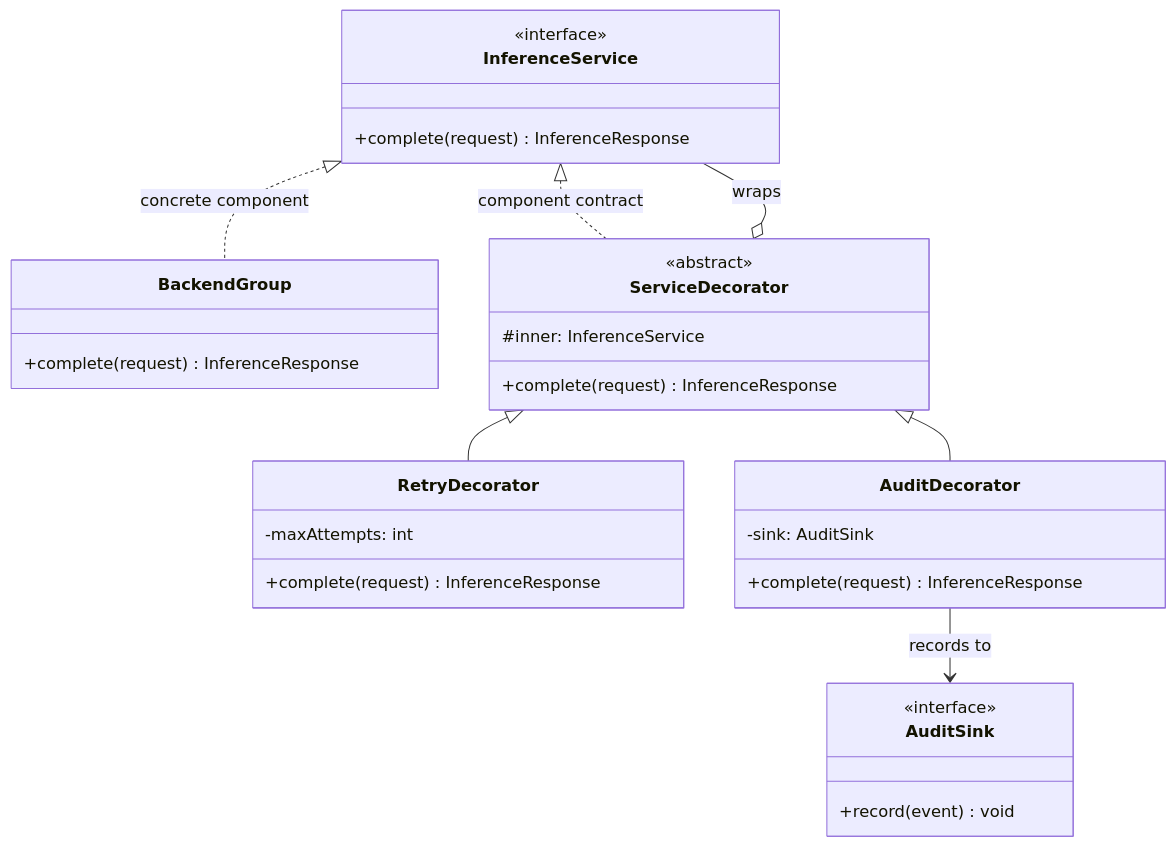
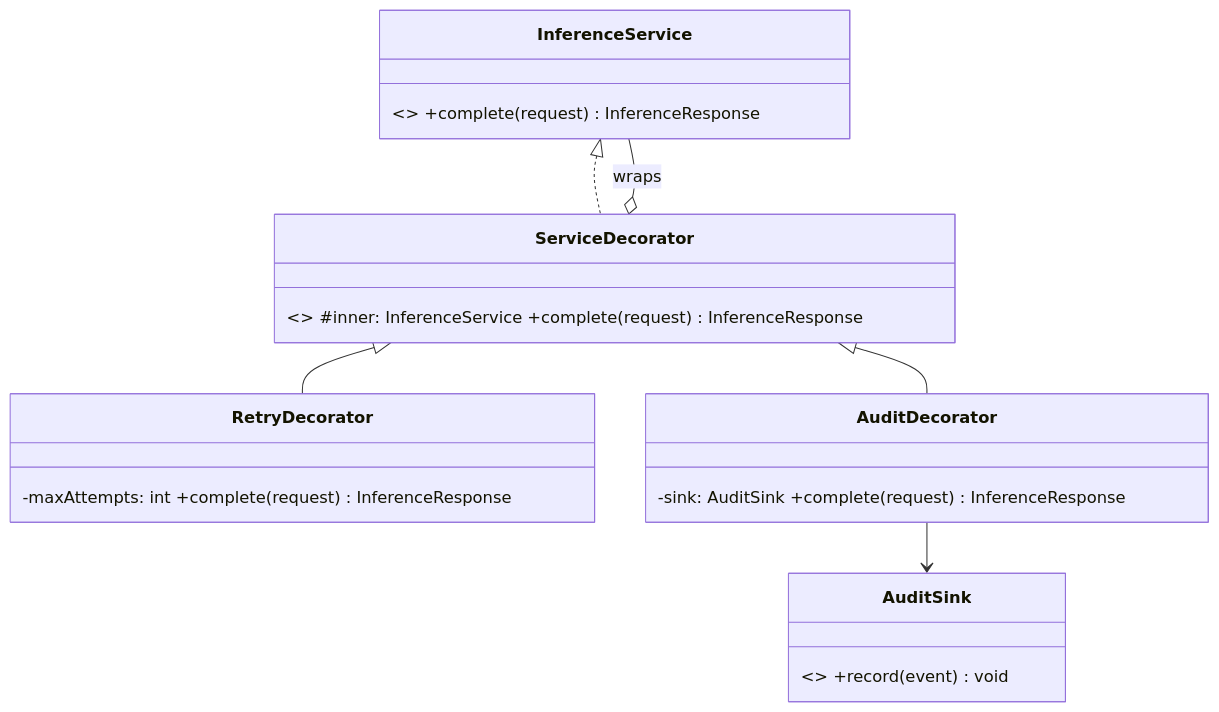
One commit to igortacu/tmps-labs changed the third of 4 diagrams in lab3/REPORT.md. Above: the diagram before and after it, drawn with Mermaid. The commit also changed other lines of this file and 10 other files, not shown here.

````diff
--- a/lab3/REPORT.md
+++ b/lab3/REPORT.md
@@ -82,33 +104,13 @@
 ```mermaid
 classDiagram
-    class InferenceService {
-        <<interface>>
-        +complete(request) InferenceResponse
-    }
-    class BackendGroup {
-        +complete(request) InferenceResponse
-    }
-    class ServiceDecorator {
-        <<abstract>>
-        #inner: InferenceService
-        +complete(request) InferenceResponse
-    }
-    class RetryDecorator {
-        -maxAttempts: int
-        +complete(request) InferenceResponse
-    }
-    class AuditDecorator {
-        -sink: AuditSink
-        +complete(request) InferenceResponse
-    }
-    class AuditSink {
-        <<interface>>
-        +record(event) void
-    }
-    InferenceService <|.. BackendGroup : concrete component
-    InferenceService <|.. ServiceDecorator : component contract
-    ServiceDecorator <|-- RetryDecorator
-    ServiceDecorator <|-- AuditDecorator
-    ServiceDecorator o-- InferenceService : wraps
-    AuditDecorator --> AuditSink : records to
+  class InferenceService { <<interface>> +complete(request) InferenceResponse }
+  class ServiceDecorator { <<abstract>> #inner: InferenceService +complete(request) InferenceResponse }
+  class RetryDecorator { -maxAttempts: int +complete(request) InferenceResponse }
+  class AuditDecorator { -sink: AuditSink +complete(request) InferenceResponse }
+  class AuditSink { <<interface>> +record(event) void }
+  InferenceService <|.. ServiceDecorator
+  ServiceDecorator <|-- RetryDecorator
+  ServiceDecorator <|-- AuditDecorator
+  ServiceDecorator o-- InferenceService : wraps
+  AuditDecorator --> AuditSink
 ```
````
